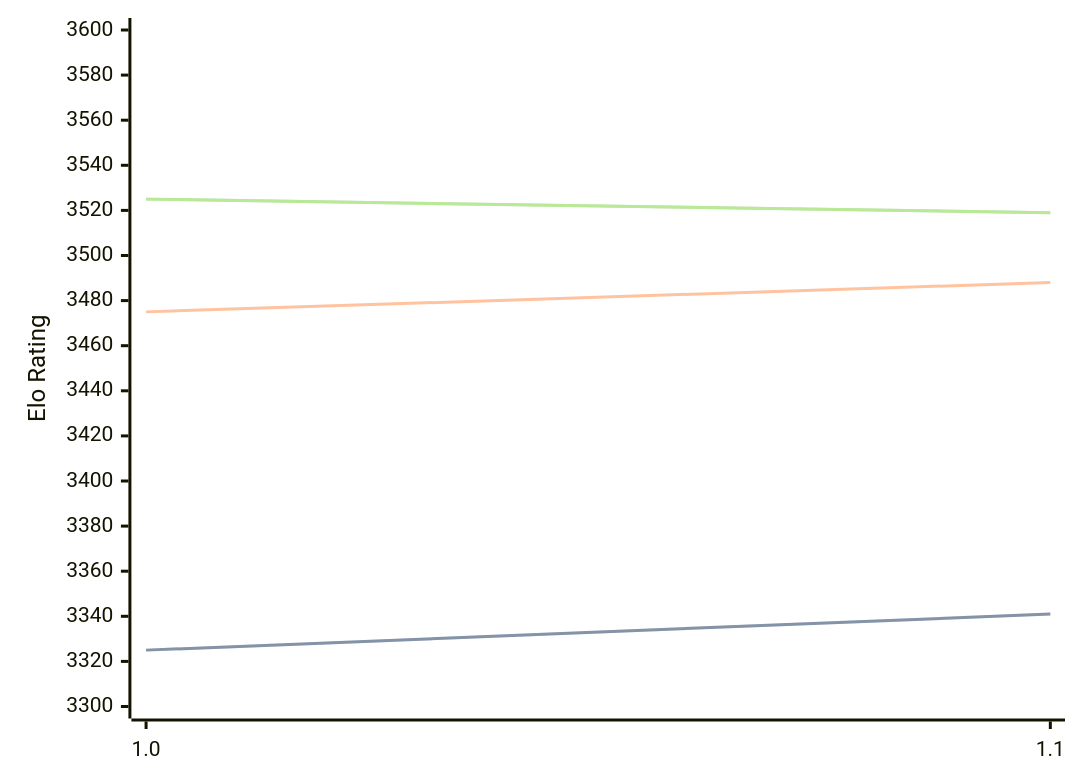
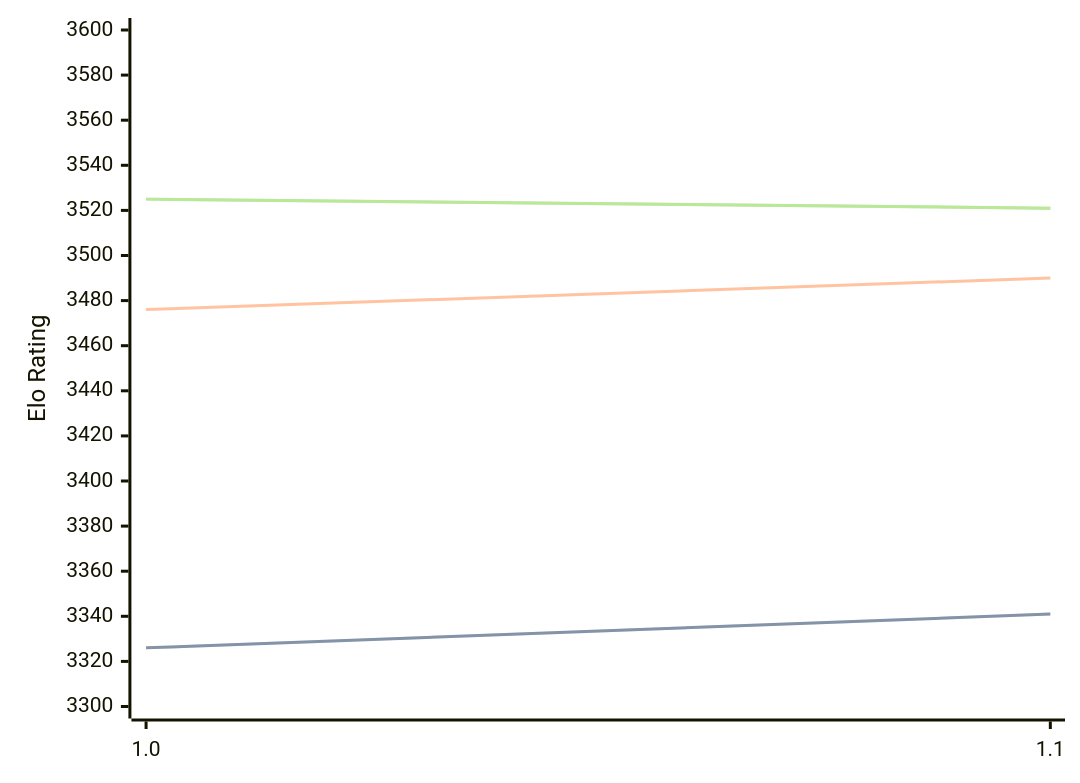
One commit to computer-chess-index/cci changed the diagram in engines/Horsie.md. Above: the diagram before and after it, drawn with Mermaid. The commit also changed other lines of this file, not shown here.

Commit message:
Update CCI Ratings (ELO VLTC) - 2026-07-31

````diff
--- a/engines/Horsie.md
+++ b/engines/Horsie.md
@@ -32,11 +32,11 @@
 ```mermaid
 %%{init: {"theme":"base","themeVariables":{"seriesColors:['#a3a3a3','#222221','#faa371']}}}%%
 xychart-beta
   x-axis ["1.0", "1.1"]
   y-axis "Elo Rating" 3300 --> 3600
-  line "STC (8.0+0.08s)" [3325, 3341]
-  line "STC (8.0+0.08s)" [3325, 3341]
-  line "LTC (60.0+0.60s)" [3475, 3488]
-  line "VLTC (2m24s+1.12s)" [3525, 3519]
-  line "VLTC (2m24s+1.12s)" [3525, 3519]
+  line "STC (8.0+0.08s)" [3326, 3341]
+  line "STC (8.0+0.08s)" [3326, 3341]
+  line "LTC (60.0+0.60s)" [3476, 3490]
+  line "VLTC (2m24s+1.12s)" [3525, 3521]
+  line "VLTC (2m24s+1.12s)" [3525, 3521]
 ```
````
